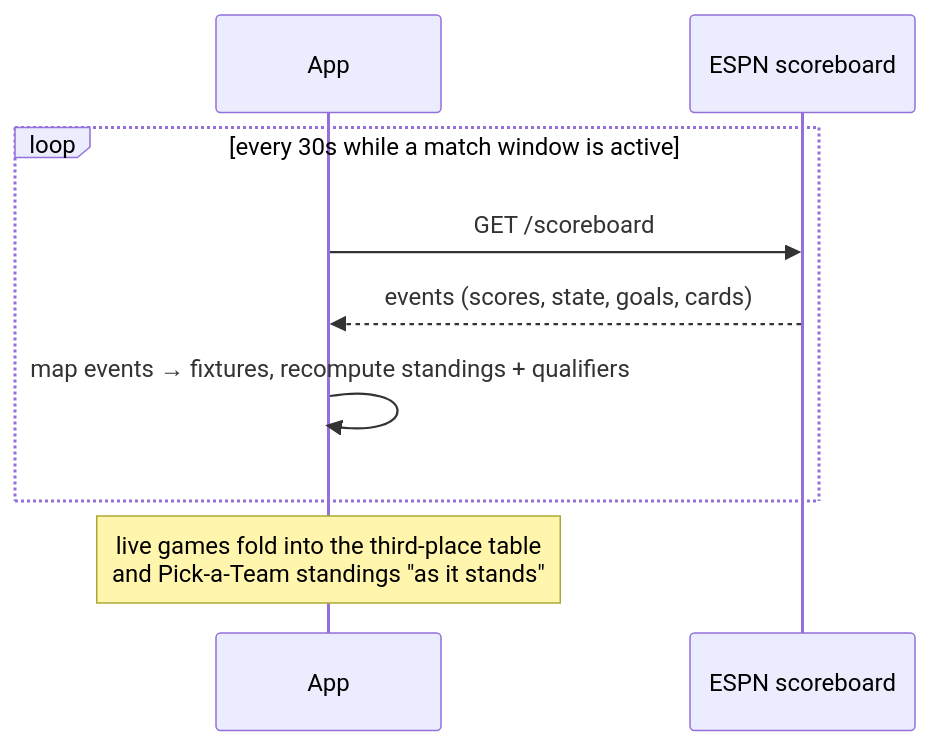
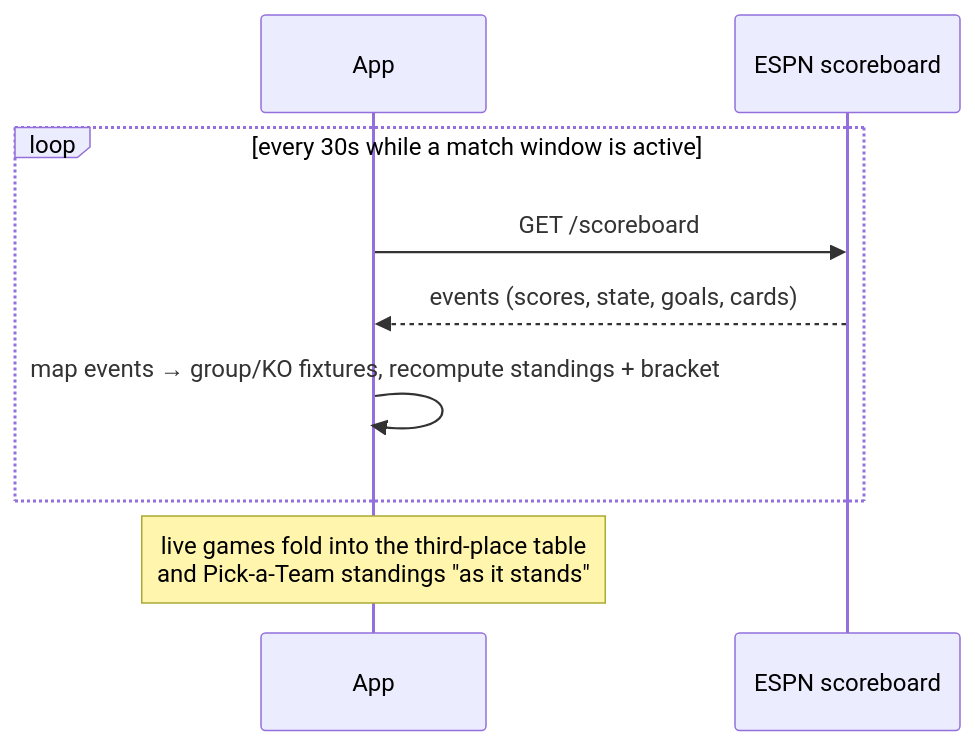
The second of 4 diagrams in README.md (kaimrdth/WC2026), drawn with Mermaid before and after one commit. The commit also changed other lines of this file and 1 other file, not shown here.

````diff
--- a/README.md
+++ b/README.md
@@ -110,11 +111,11 @@
 ```mermaid
 sequenceDiagram
     participant App
     participant ESPN as ESPN scoreboard
     loop every 30s while a match window is active
         App->>ESPN: GET /scoreboard
         ESPN-->>App: events (scores, state, goals, cards)
-        App->>App: map events → fixtures, recompute standings + qualifiers
+        App->>App: map events → group/KO fixtures, recompute standings + bracket
     end
     Note over App: live games fold into the third-place table<br/>and Pick-a-Team standings "as it stands"
 ```
````
